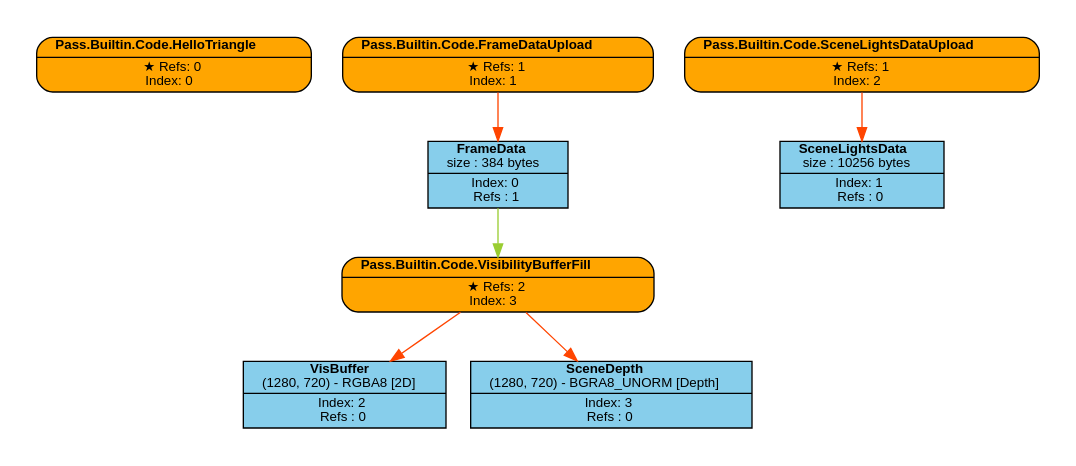
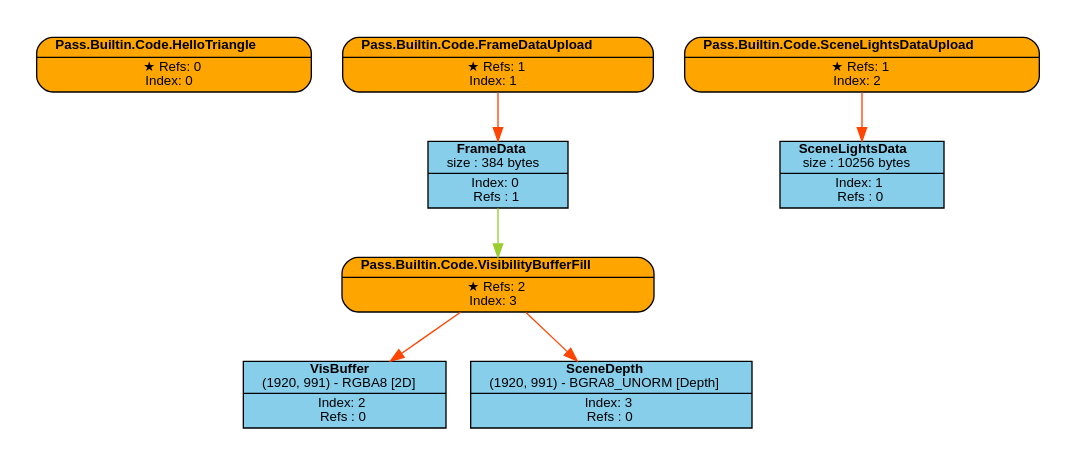
The diagram in Engine/content/FrameGraphs/data_driven_editor_test.dot (Pikachuxxxx/Razix), drawn with Graphviz before and after one commit. The commit also changed 170 other files, not shown here.

```diff
--- a/Engine/content/FrameGraphs/data_driven_editor_test.dot
+++ b/Engine/content/FrameGraphs/data_driven_editor_test.dot
@@ -1,43 +1,43 @@
 digraph FrameGraph {
 graph [style=invis, rankdir="TB" ordering=out, splines=spline]
 node [shape=record, fontname="helvetica", fontsize=10, margin="0.2,0.03"]
 
 P0 [label=<{ {<B>Pass.Builtin.Code.HelloTriangle</B>} | {&#x2605; Refs: 0<BR/> Index: 0} }> style="rounded,filled", fillcolor=orange]
 P1 [label=<{ {<B>Pass.Builtin.Code.FrameDataUpload</B>} | {&#x2605; Refs: 1<BR/> Index: 1} }> style="rounded,filled", fillcolor=orange]
 P2 [label=<{ {<B>Pass.Builtin.Code.SceneLightsDataUpload</B>} | {&#x2605; Refs: 1<BR/> Index: 2} }> style="rounded,filled", fillcolor=orange]
 P3 [label=<{ {<B>Pass.Builtin.Code.VisibilityBufferFill</B>} | {&#x2605; Refs: 2<BR/> Index: 3} }> style="rounded,filled", fillcolor=orange]
 
 R0_1 [label=<{ {<B>FrameData</B><BR/>size : 384 bytes} | {Index: 0<BR/>Refs : 1} }> style=filled, fillcolor=skyblue]
 R1_1 [label=<{ {<B>SceneLightsData</B><BR/>size : 10256 bytes} | {Index: 1<BR/>Refs : 0} }> style=filled, fillcolor=skyblue]
-R2_1 [label=<{ {<B>VisBuffer</B><BR/>(1280, 720) - RGBA8 [2D]} | {Index: 2<BR/>Refs : 0} }> style=filled, fillcolor=skyblue]
-R3_1 [label=<{ {<B>SceneDepth</B><BR/>(1280, 720) - BGRA8_UNORM [Depth]} | {Index: 3<BR/>Refs : 0} }> style=filled, fillcolor=skyblue]
+R2_1 [label=<{ {<B>VisBuffer</B><BR/>(1920, 991) - RGBA8 [2D]} | {Index: 2<BR/>Refs : 0} }> style=filled, fillcolor=skyblue]
+R3_1 [label=<{ {<B>SceneDepth</B><BR/>(1920, 991) - BGRA8_UNORM [Depth]} | {Index: 3<BR/>Refs : 0} }> style=filled, fillcolor=skyblue]
 
 P0 -> { } [color=orangered]
 P1 -> { R0_1 } [color=orangered]
 P2 -> { R1_1 } [color=orangered]
 P3 -> { R2_1 R3_1 } [color=orangered]
 
 R0_1 -> { P3 } [color=olivedrab3]
 R1_1 -> { } [color=olivedrab3]
 R2_1 -> { } [color=olivedrab3]
 R3_1 -> { } [color=olivedrab3]
 
 subgraph cluster_0 {
 P0 
 }
 subgraph cluster_1 {
 P1 R0_1 
 }
 subgraph cluster_2 {
 P2 R1_1 
 }
 subgraph cluster_3 {
 P3 R2_1 R3_1 
 }
 
 subgraph cluster_imported_resources {
 graph [style=dotted, fontname="helvetica", label=< <B>Imported</B> >]
 
 }
 
 }
```
